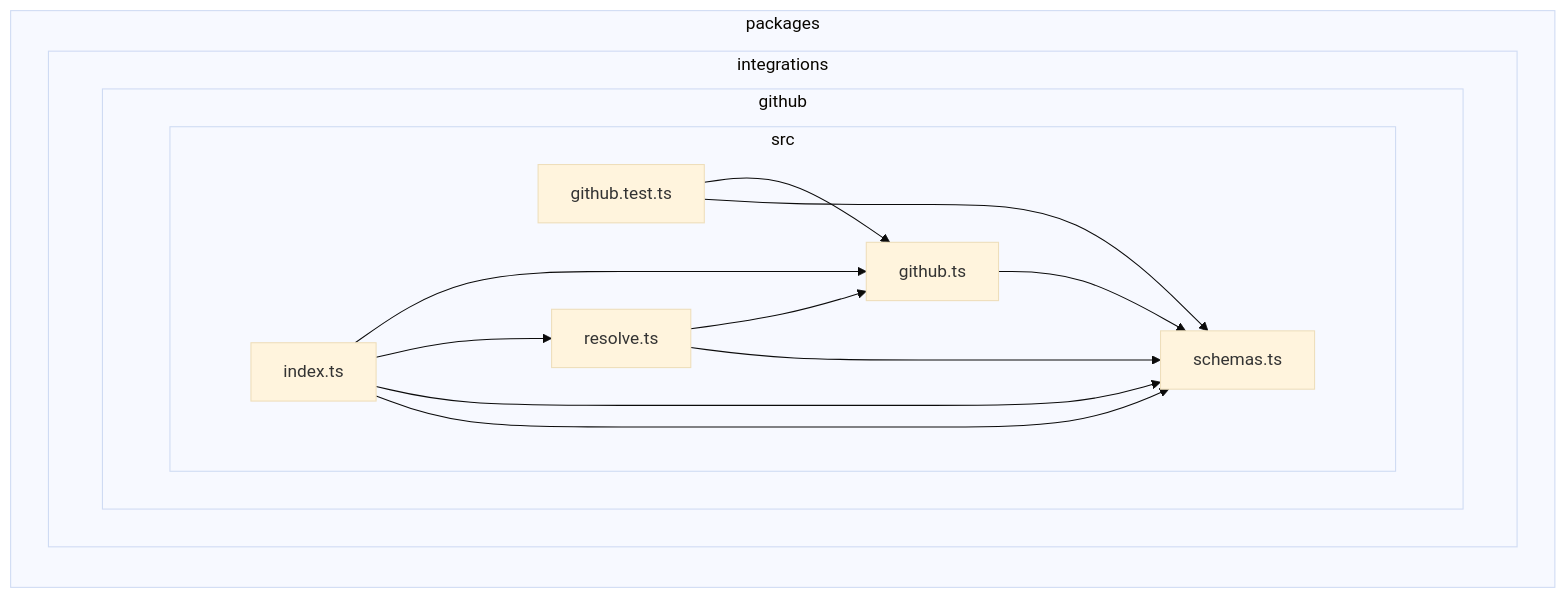
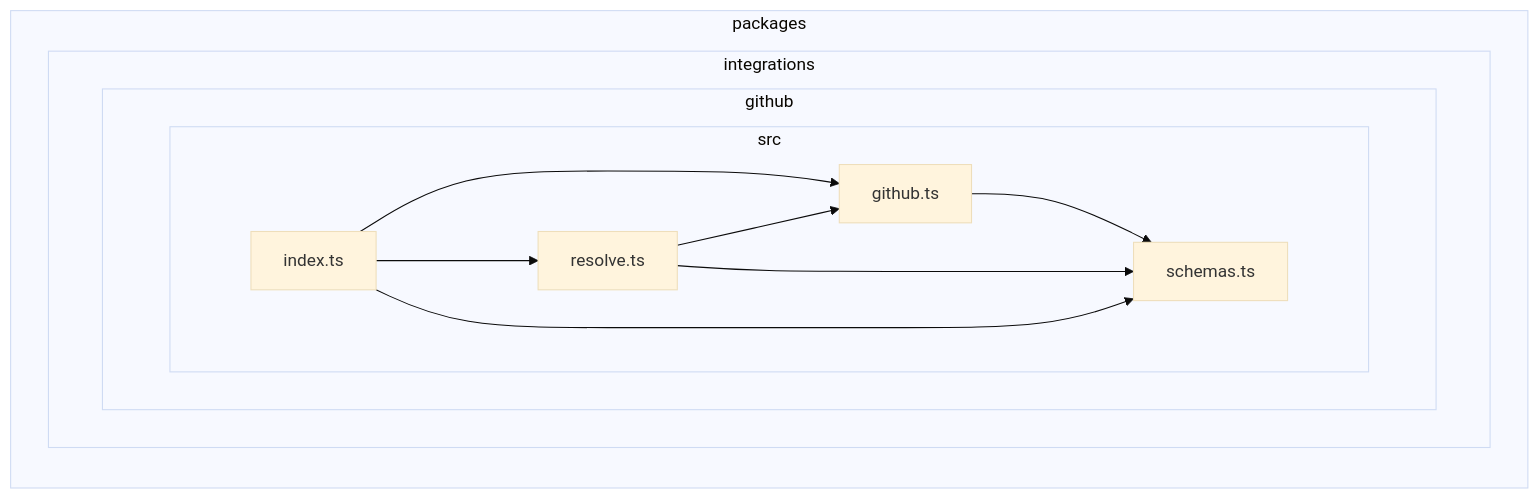
One commit to juspay/kolu changed the eighth of 17 diagrams in docs/dependency-graph.md. Above: the diagram before and after it, drawn with Mermaid (base theme). The commit also changed other lines of this file and 1 other file, not shown here.

First line of the commit message:
chore(depcruise): cluster per-package graphs by subfolder, drop test files

````diff
--- a/docs/dependency-graph.md
+++ b/docs/dependency-graph.md
@@ -863,26 +444,22 @@
 ```mermaid
 flowchart LR
 
 subgraph packages["packages"]
   subgraph packages_integrations["integrations"]
     subgraph packages_integrations_github["github"]
       subgraph packages_integrations_github_src["src"]
-        packages_integrations_github_src_schemas_ts["schemas.ts"]
-        packages_integrations_github_src_github_test_ts["github.test.ts"]
         packages_integrations_github_src_github_ts["github.ts"]
         packages_integrations_github_src_index_ts["index.ts"]
         packages_integrations_github_src_resolve_ts["resolve.ts"]
+        packages_integrations_github_src_schemas_ts["schemas.ts"]
       end
     end
   end
 end
-packages_integrations_github_src_github_test_ts-->packages_integrations_github_src_github_ts
-packages_integrations_github_src_github_test_ts-->packages_integrations_github_src_schemas_ts
 packages_integrations_github_src_github_ts-->packages_integrations_github_src_schemas_ts
 packages_integrations_github_src_index_ts-->packages_integrations_github_src_github_ts
 packages_integrations_github_src_index_ts-->packages_integrations_github_src_resolve_ts
 packages_integrations_github_src_index_ts-->packages_integrations_github_src_schemas_ts
-packages_integrations_github_src_index_ts-->packages_integrations_github_src_schemas_ts
 packages_integrations_github_src_resolve_ts-->packages_integrations_github_src_github_ts
 packages_integrations_github_src_resolve_ts-->packages_integrations_github_src_schemas_ts
 ```
````
